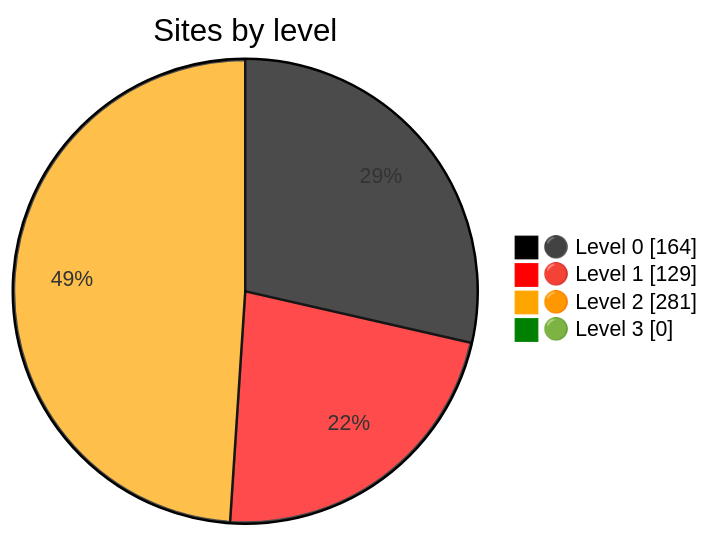
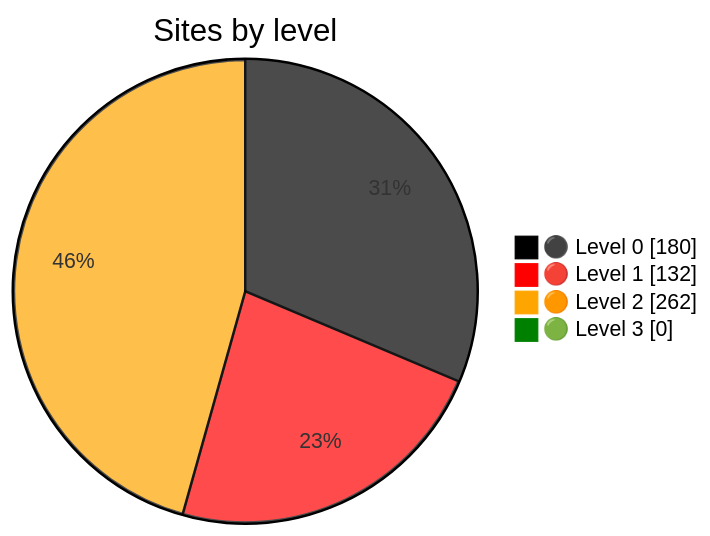
Before and after one commit to Dushmilan/gov_lk_web_auditor: the diagram in README.md, drawn with Mermaid. The commit also changed other lines of this file and 2610 other files, not shown here.

````diff
--- a/README.md
+++ b/README.md
@@ -24,9 +24,9 @@
 ```mermaid
 %%{init: {"themeVariables":{"pie1":"black","pie2":"red","pie3":"orange","pie4":"green"}}}%%
 pie showData
     title Sites by level
-    "⚫ Level 0" : 164
-    "🔴 Level 1" : 129
-    "🟠 Level 2" : 281
+    "⚫ Level 0" : 180
+    "🔴 Level 1" : 132
+    "🟠 Level 2" : 262
     "🟢 Level 3" : 0
 ```
````
